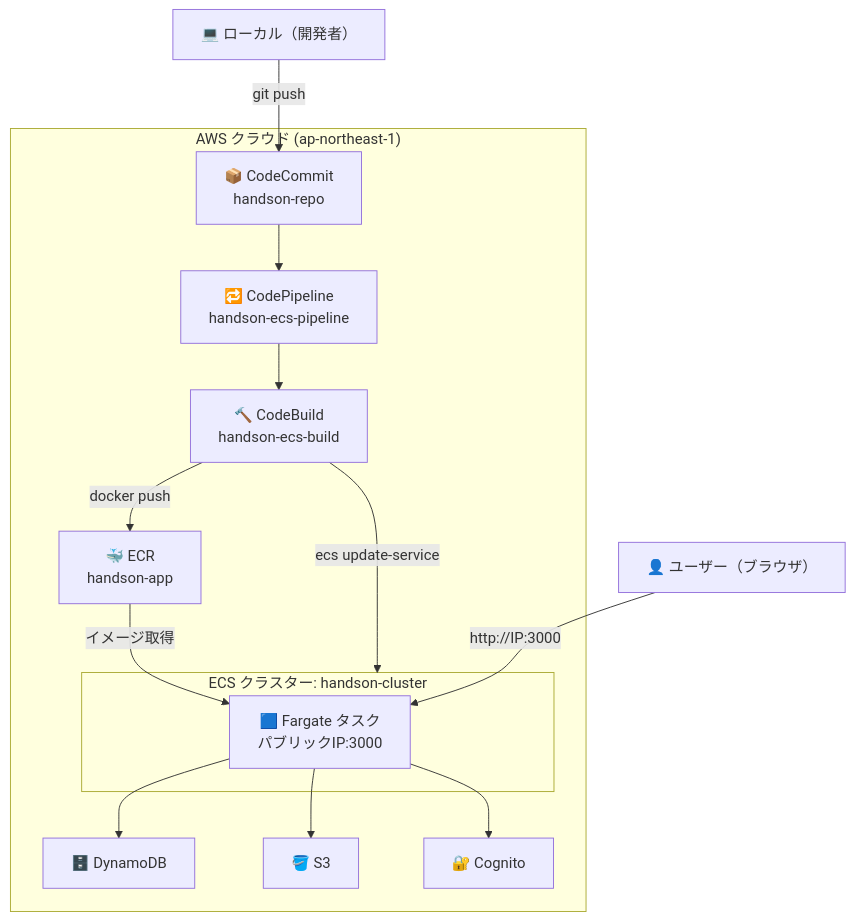
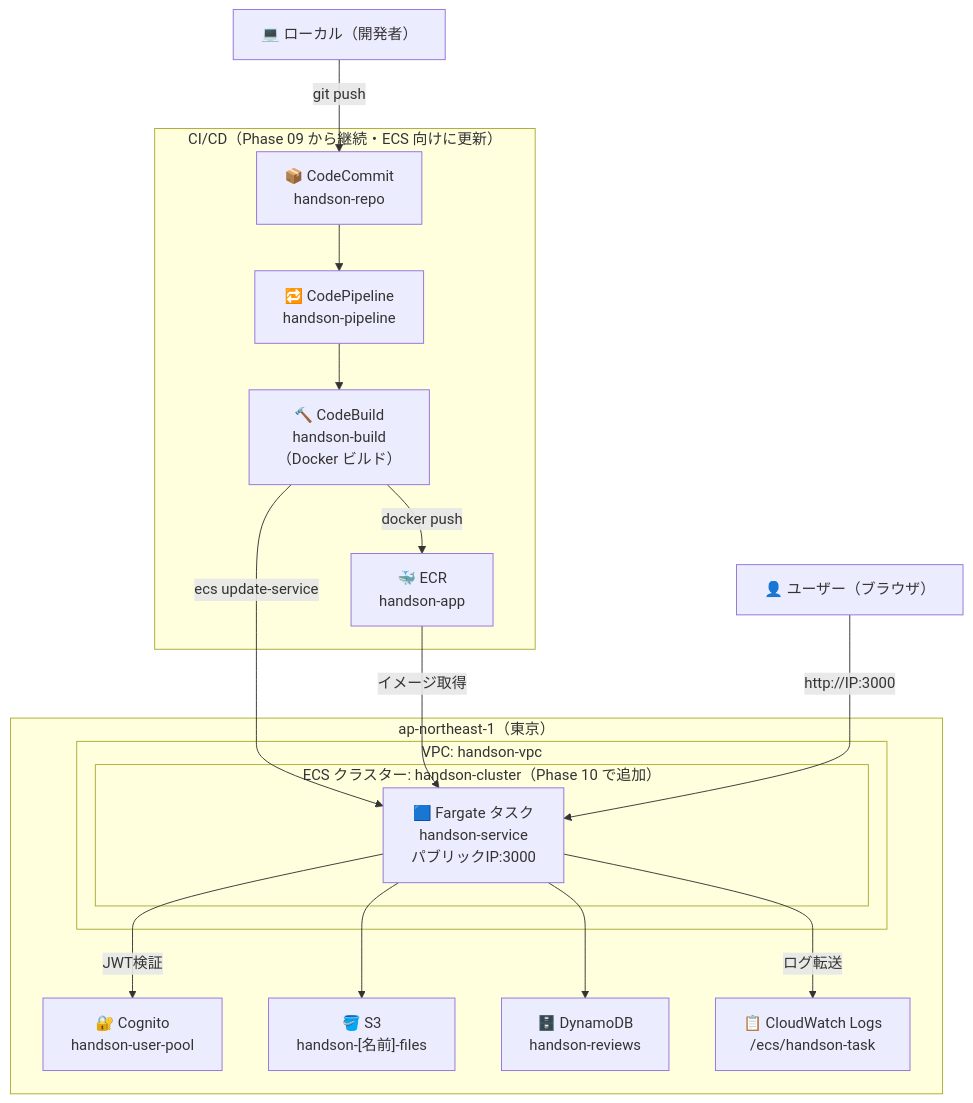
The diagram in docs/10_ECS_Fargate_ハンズオン手順.md (ohtsuka-shota-se/samurai-repo), drawn with Mermaid before and after one commit. The commit also changed 1 other file, not shown here.

Commit message:
add phase09 and 10 mermaid

````diff
--- a/docs/10_ECS_Fargate_ハンズオン手順.md
+++ b/docs/10_ECS_Fargate_ハンズオン手順.md
@@ -40,31 +40,39 @@
 ```mermaid
 graph TB
     Dev["💻 ローカル（開発者）"]
     User["👤 ユーザー（ブラウザ）"]
 
-    subgraph AWS["AWS クラウド (ap-northeast-1)"]
+    subgraph CICD["CI/CD（Phase 09 から継続・ECS 向けに更新）"]
         CC["📦 CodeCommit\nhandson-repo"]
-        CP["🔁 CodePipeline\nhandson-ecs-pipeline"]
-        CB["🔨 CodeBuild\nhandson-ecs-build"]
+        CP["🔁 CodePipeline\nhandson-pipeline"]
+        CB["🔨 CodeBuild\nhandson-build\n（Docker ビルド）"]
         ECR["🐳 ECR\nhandson-app"]
+    end
 
-        subgraph ECS["ECS クラスター: handson-cluster"]
-            T1["🟦 Fargate タスク\nパブリックIP:3000"]
+    subgraph Tokyo["ap-northeast-1（東京）"]
+        Cognito["🔐 Cognito\nhandson-user-pool"]
+
+        subgraph VPC["VPC: handson-vpc"]
+            subgraph ECS["ECS クラスター: handson-cluster（Phase 10 で追加）"]
+                T1["🟦 Fargate タスク\nhandson-service\nパブリックIP:3000"]
+            end
         end
 
-        DDB["🗄️ DynamoDB"]
-        S3["🪣 S3"]
-        Cognito["🔐 Cognito"]
+        S3["🪣 S3\nhandson-[名前]-files"]
+        DDB["🗄️ DynamoDB\nhandson-reviews"]
+        CWL["📋 CloudWatch Logs\n/ecs/handson-task"]
     end
 
     Dev -->|git push| CC
     CC --> CP
     CP --> CB
     CB -->|docker push| ECR
-    CB -->|ecs update-service| ECS
+    CB -->|ecs update-service| T1
     ECR -->|イメージ取得| T1
+
     User -->|http://IP:3000| T1
+    T1 --> S3
     T1 --> DDB
-    T1 --> S3
-    T1 --> Cognito
+    T1 -->|JWT検証| Cognito
+    T1 -->|ログ転送| CWL
 ```
````
